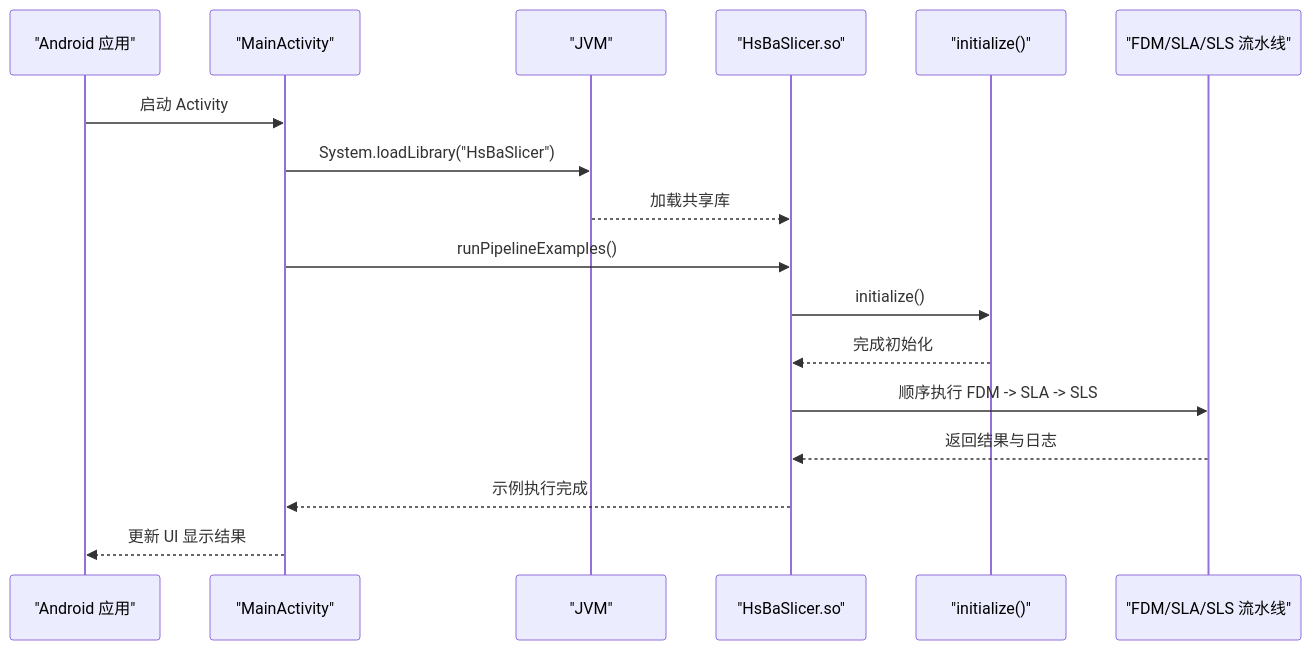
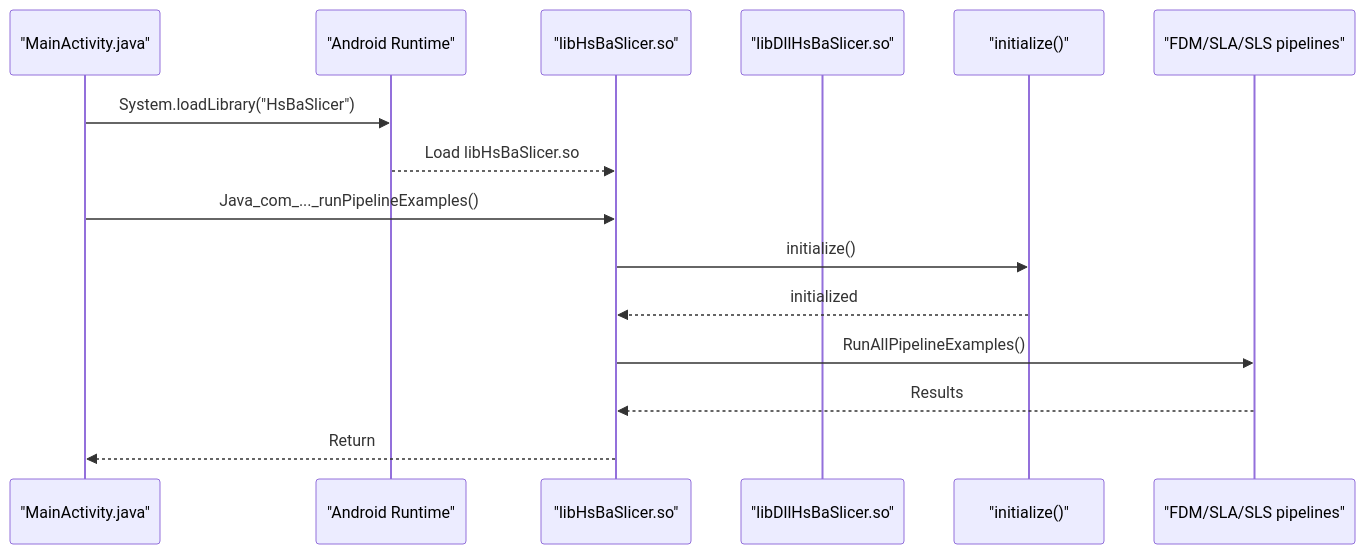
One commit to hsmbanlance/HsBaSlicer changed the second of 5 diagrams in .qoder/repowiki/en/content/Integration Guide/Mobile Platform Integration/Android Integration.md. Above: the diagram before and after it, drawn with Mermaid. The commit also changed other lines of this file and 1095 other files, not shown here.

````diff
--- a/.qoder/repowiki/en/content/Integration Guide/Mobile Platform Integration/Android Integration.md
+++ b/.qoder/repowiki/en/content/Integration Guide/Mobile Platform Integration/Android Integration.md
@@ -81,19 +127,17 @@
 ```mermaid
 sequenceDiagram
-participant App as "Android 应用"
-participant Activity as "MainActivity"
-participant JVM as "JVM"
-participant Native as "HsBaSlicer.so"
+participant Java as "MainActivity.java"
+participant JVM as "Android Runtime"
+participant Lib as "libHsBaSlicer.so"
+participant Dll as "libDllHsBaSlicer.so"
 participant Init as "initialize()"
-participant Pipelines as "FDM/SLA/SLS 流水线"
-App->>Activity : 启动 Activity
-Activity->>JVM : System.loadLibrary("HsBaSlicer")
-JVM-->>Native : 加载共享库
-Activity->>Native : runPipelineExamples()
-Native->>Init : initialize()
-Init-->>Native : 完成初始化
-Native->>Pipelines : 顺序执行 FDM -> SLA -> SLS
-Pipelines-->>Native : 返回结果与日志
-Native-->>Activity : 示例执行完成
-Activity-->>App : 更新 UI 显示结果
+participant Pipelines as "FDM/SLA/SLS pipelines"
+Java->>JVM : System.loadLibrary("HsBaSlicer")
+JVM-->>Lib : Load libHsBaSlicer.so
+Java->>Lib : Java_com_..._runPipelineExamples()
+Lib->>Init : initialize()
+Init-->>Lib : initialized
+Lib->>Pipelines : RunAllPipelineExamples()
+Pipelines-->>Lib : Results
+Lib-->>Java : Return
 ```
````
